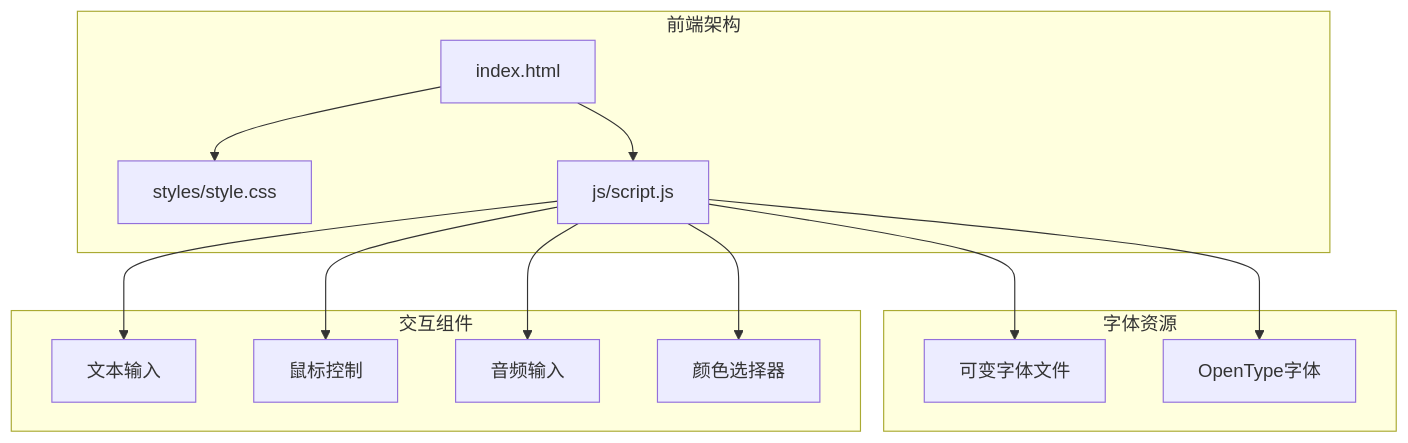
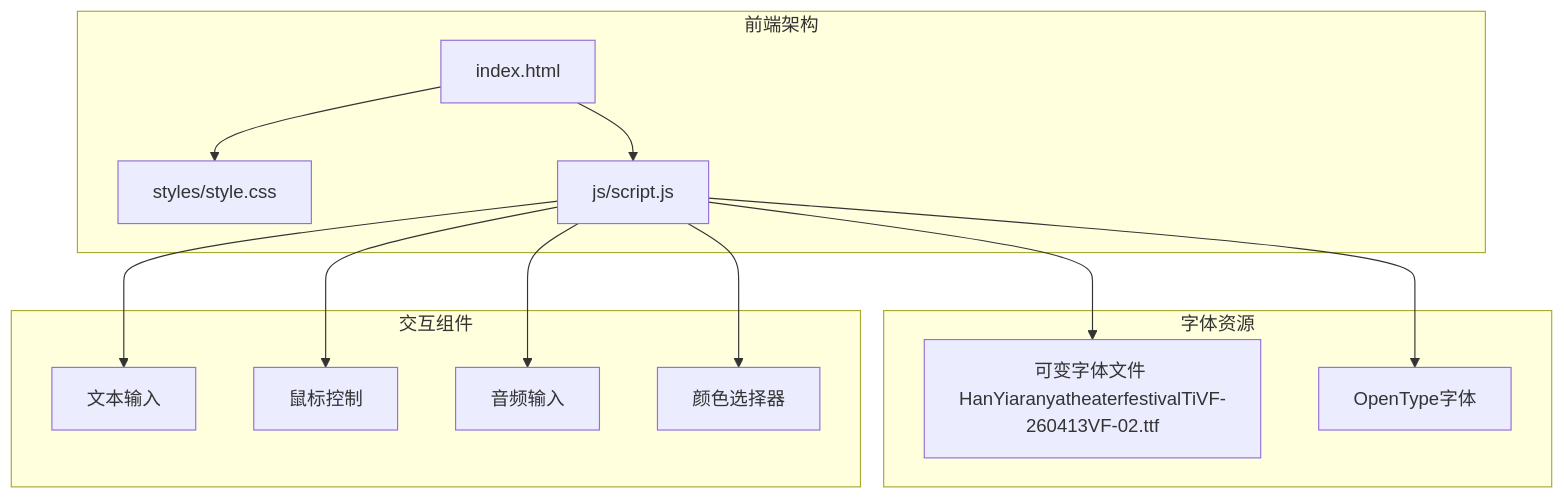
The first of 9 diagrams in .qoder/repowiki/zh/content/字体渲染引擎/可变字体系统.md (db300/MySymphosizer), drawn with Mermaid before and after one commit. The commit also changed other lines of this file and 5 other files, not shown here.

````diff
--- a/.qoder/repowiki/zh/content/字体渲染引擎/可变字体系统.md
+++ b/.qoder/repowiki/zh/content/字体渲染引擎/可变字体系统.md
@@ -37,26 +44,26 @@
 ```mermaid
 graph TB
 subgraph "前端架构"
 HTML[index.html]
 CSS[styles/style.css]
 JS[js/script.js]
 end
 subgraph "字体资源"
-VF[可变字体文件]
+VF[可变字体文件 HanYiaranyatheaterfestivalTiVF-260413VF-02.ttf]
 OTF[OpenType字体]
 end
 subgraph "交互组件"
 Input[文本输入]
 Mouse[鼠标控制]
 Audio[音频输入]
 Color[颜色选择器]
 end
 HTML --> CSS
 HTML --> JS
 JS --> VF
 JS --> OTF
 JS --> Input
 JS --> Mouse
 JS --> Audio
 JS --> Color
 ```
````
